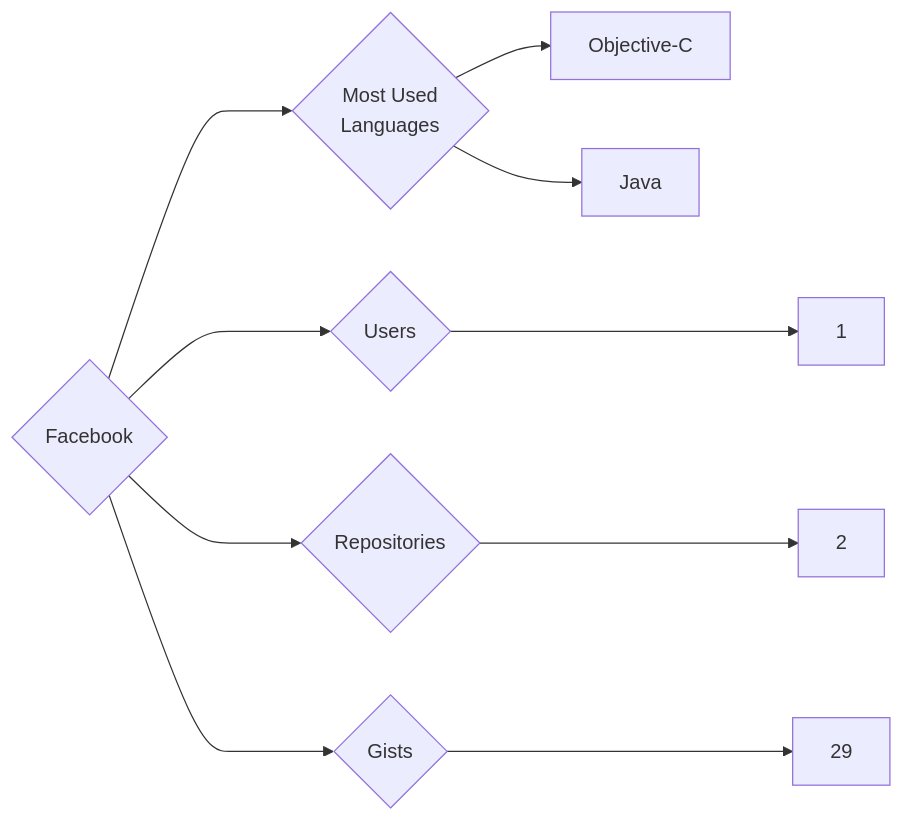
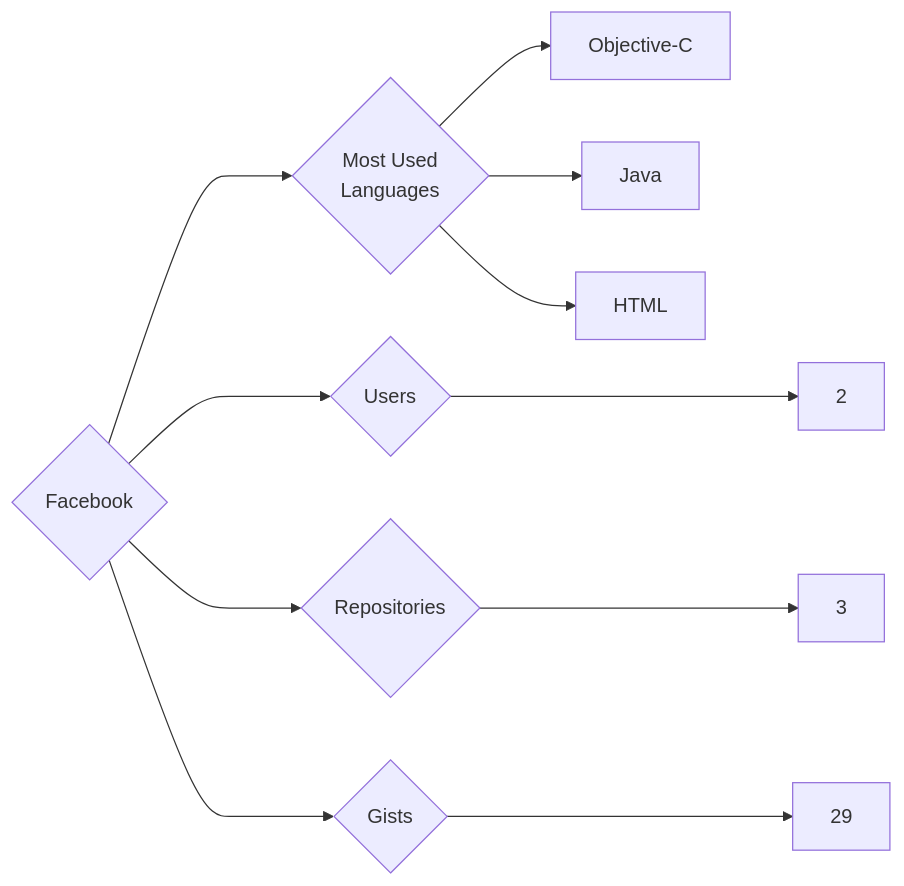
The diagram in targets/Facebook/README.md (trickest/insiders), drawn with Mermaid before and after one commit. The commit also changed 857 other files, not shown here.

````diff
--- a/targets/Facebook/README.md
+++ b/targets/Facebook/README.md
@@ -3,10 +3,11 @@
 ```mermaid
 graph LR
 COMPANY_NAME{Facebook}
-COMPANY_NAME ---> U{Users} ---> UN[1]
-COMPANY_NAME ---> R{Repositories} ---> RN[2]
+COMPANY_NAME ---> U{Users} ---> UN[2]
+COMPANY_NAME ---> R{Repositories} ---> RN[3]
 COMPANY_NAME ---> G{Gists} ---> GN[29]
 COMPANY_NAME ---> ML{Most Used<br>Languages}
 ML --> Objective-C[Objective-C]
 ML --> Java[Java]
+ML --> HTML[HTML]
 ```
````
